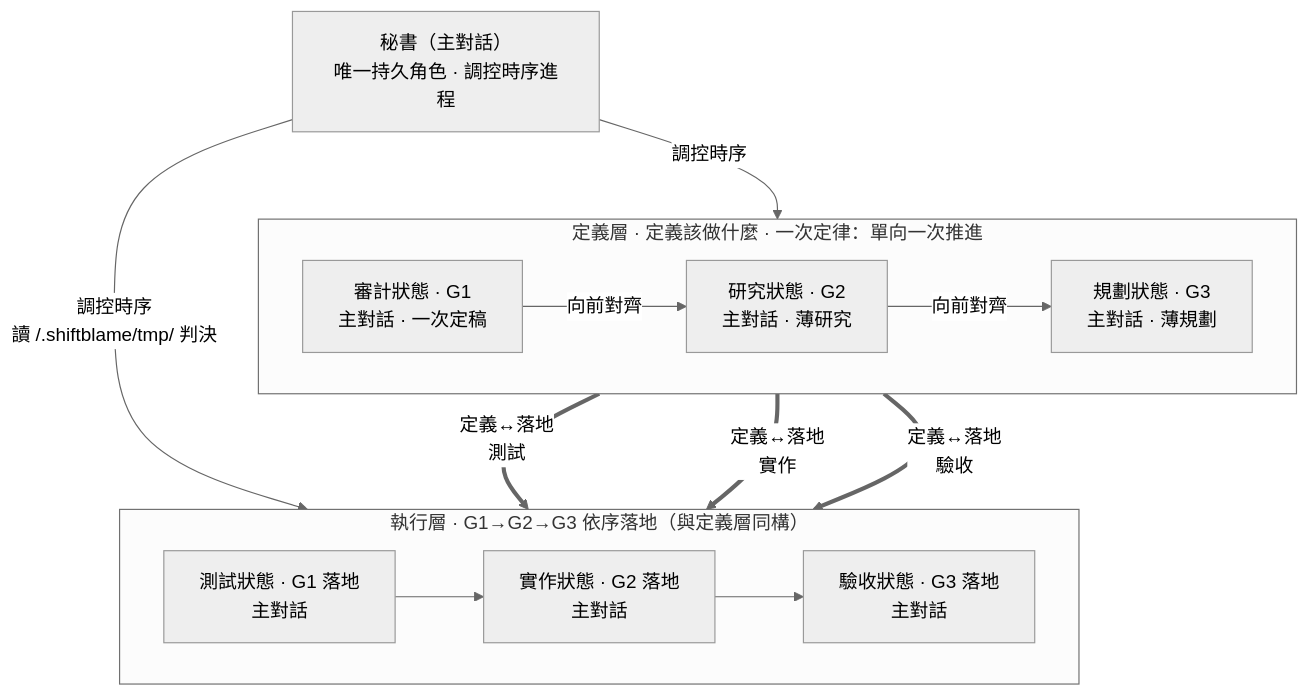
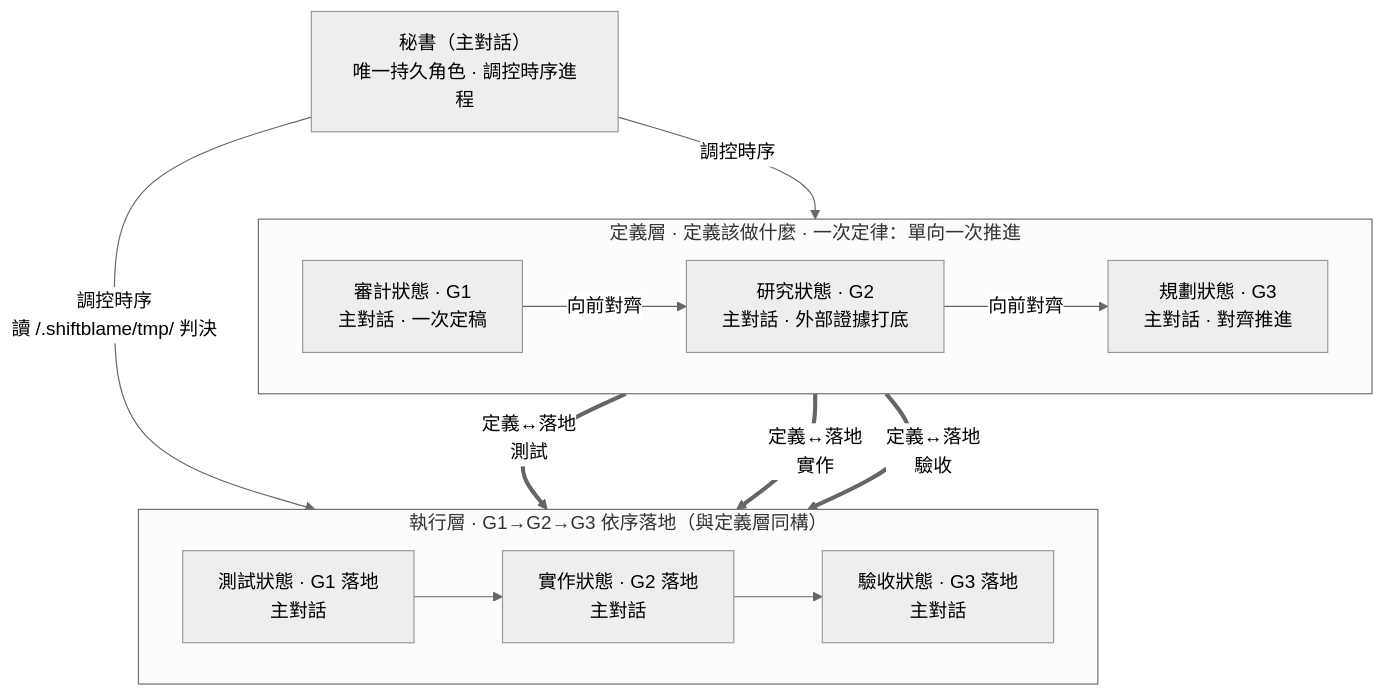
The second of 2 diagrams in README.md (teps3105/shiftblame), drawn with Mermaid (neutral theme) before and after one commit. The commit also changed other lines of this file and 18 other files, not shown here.

````diff
--- a/README.md
+++ b/README.md
@@ -88,19 +89,19 @@
 ```mermaid
 flowchart TB
     SEC["秘書（主對話）<br/>唯一持久角色 · 調控時序進程"]
     subgraph Consult["定義層 · 定義該做什麼 · 一次定律：單向一次推進"]
         direction LR
-        G1["審計狀態 · G1<br/>主對話 · 一次定稿"] -->|向前對齊| G2["研究狀態 · G2<br/>主對話 · 薄研究"]
-        G2 -->|向前對齊| G3["規劃狀態 · G3<br/>主對話 · 薄規劃"]
+        G1["審計狀態 · G1<br/>主對話 · 一次定稿"] -->|向前對齊| G2["研究狀態 · G2<br/>主對話 · 外部證據打底"]
+        G2 -->|向前對齊| G3["規劃狀態 · G3<br/>主對話 · 對齊推進"]
     end
     subgraph Build["執行層 · G1→G2→G3 依序落地（與定義層同構）"]
         direction LR
         TST["測試狀態 · G1 落地<br/>主對話"] --> DEV["實作狀態 · G2 落地<br/>主對話"]
         DEV --> ACC["驗收狀態 · G3 落地<br/>主對話"]
     end
     SEC -- 調控時序 --> Consult
     SEC -- 調控時序<br/>讀 <repo>/.shiftblame/tmp/ 判決 --> Build
     G1 == "定義↔落地<br/>測試" ==> TST
     G2 == "定義↔落地<br/>實作" ==> DEV
     G3 == "定義↔落地<br/>驗收" ==> ACC
 ```
````
